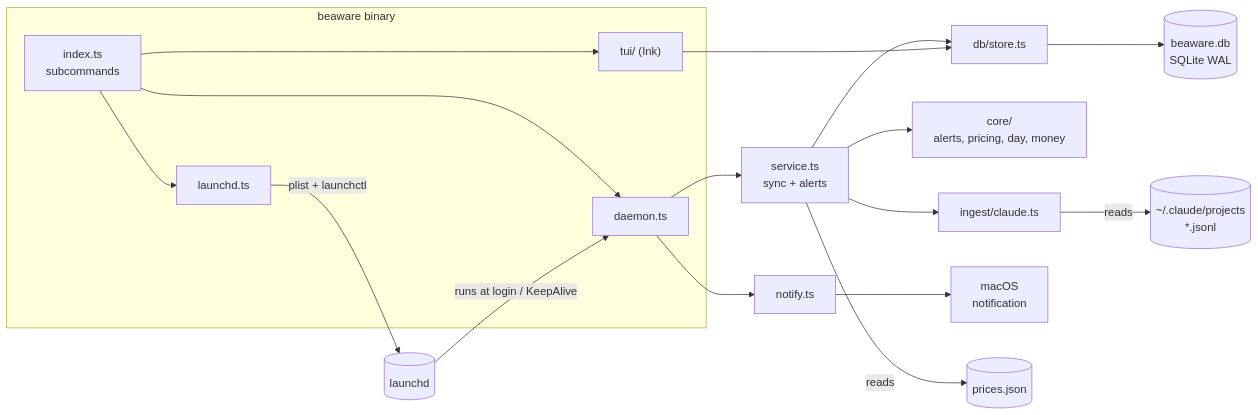
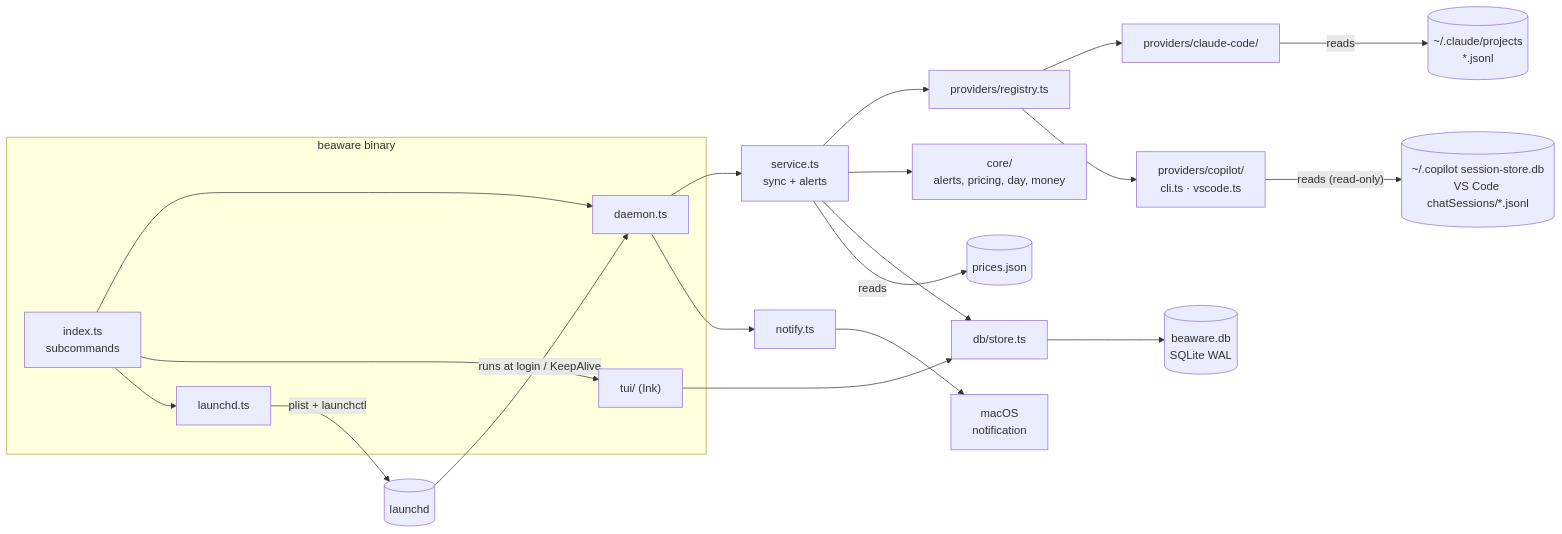
One commit to KevinRebakure/BeAware changed the first of 2 diagrams in docs/developer/architecture.md. Above: the diagram before and after it, drawn with Mermaid. The commit also changed other lines of this file and 15 other files, not shown here.

Commit message:
add docs for copilot / claude

````diff
--- a/docs/developer/architecture.md
+++ b/docs/developer/architecture.md
@@ -5,20 +5,23 @@
 ```mermaid
 flowchart LR
     subgraph bin["beaware binary"]
         CLI["index.ts<br/>subcommands"]
         D["daemon.ts"]
         T["tui/ (Ink)"]
         L["launchd.ts"]
     end
     CLI --> D & T & L
     L -- " plist + launchctl " --> LD[(launchd)]
     LD -- " runs at login / KeepAlive " --> D
     D --> S["service.ts<br/>sync + alerts"]
-    S --> I["ingest/claude.ts"]
+    S --> R["providers/registry.ts"]
+    R --> PC["providers/claude-code/"]
+    R --> PG["providers/copilot/<br/>cli.ts · vscode.ts"]
     S --> C["core/<br/>alerts, pricing, day, money"]
-    I -- " reads " --> J[("~/.claude/projects<br/>*.jsonl")]
+    PC -- " reads " --> J[("~/.claude/projects<br/>*.jsonl")]
+    PG -- " reads (read-only) " --> K[("~/.copilot session-store.db<br/>VS Code chatSessions/*.jsonl")]
     S & T --> ST["db/store.ts"]
     ST --> DB[("beaware.db<br/>SQLite WAL")]
     D --> N["notify.ts"] --> OS["macOS<br/>notification"]
     S -- " reads " --> P[("prices.json")]
 ```
````
